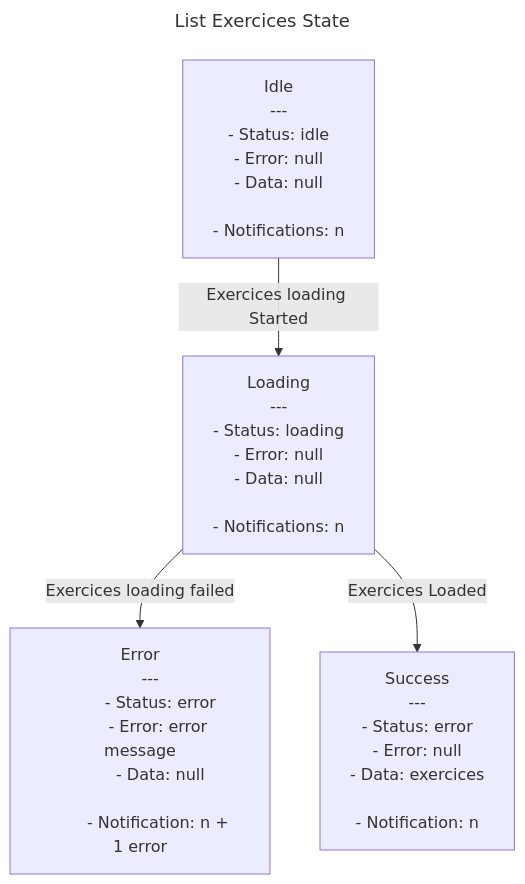
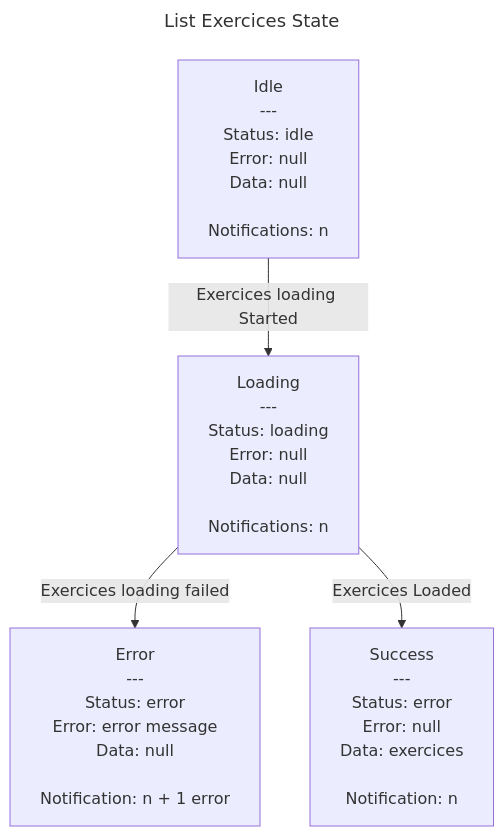
Before and after one commit to davidroberto/react-redux-clean-architecture-tdd-eda-vertical-slices: the diagram in src/exercice/features/list-exercices/list-exercices.state-machine.md, drawn with Mermaid. The commit also changed 5 other files, not shown here.

Commit message:
doc: update fsm diagram for prevent the list md render error

````diff
--- a/src/exercice/features/list-exercices/list-exercices.state-machine.md
+++ b/src/exercice/features/list-exercices/list-exercices.state-machine.md
@@ -1,51 +1,51 @@
 ```mermaid
 ---
 title: List Exercices State
 ---
 flowchart TD
     
 A[
    Idle
     ---
-        - Status: idle
-        - Error: null
-        - Data: null
+        Status: idle
+        Error: null
+        Data: null
     
-        - Notifications: n
+        Notifications: n
 ]
 
 B[
     Loading
     ---
-        - Status: loading
-        - Error: null
-        - Data: null
+        Status: loading
+        Error: null
+        Data: null
     
-        - Notifications: n
+        Notifications: n
 ]
 
 C[
     Error
     ---
-        - Status: error
-        - Error: error message
-        - Data: null
+        Status: error
+        Error: error message
+        Data: null
         
-        - Notification: n + 1 error
+        Notification: n + 1 error
 ]
 
 D[
     Success
     ---
-        - Status: error
-        - Error: null
-        - Data: exercices
+        Status: error
+        Error: null
+        Data: exercices
     
-        - Notification: n
+        Notification: n
 ]
 
 A -->|Exercices loading Started|B
 B -->|Exercices loading failed|C
 B -->|Exercices Loaded|D
 
 ```
````
